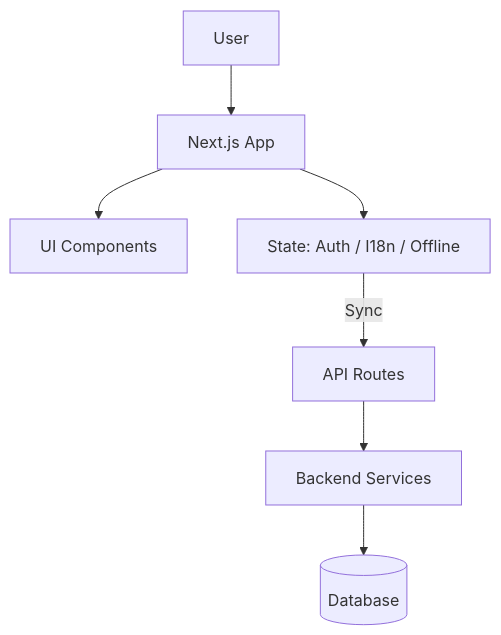
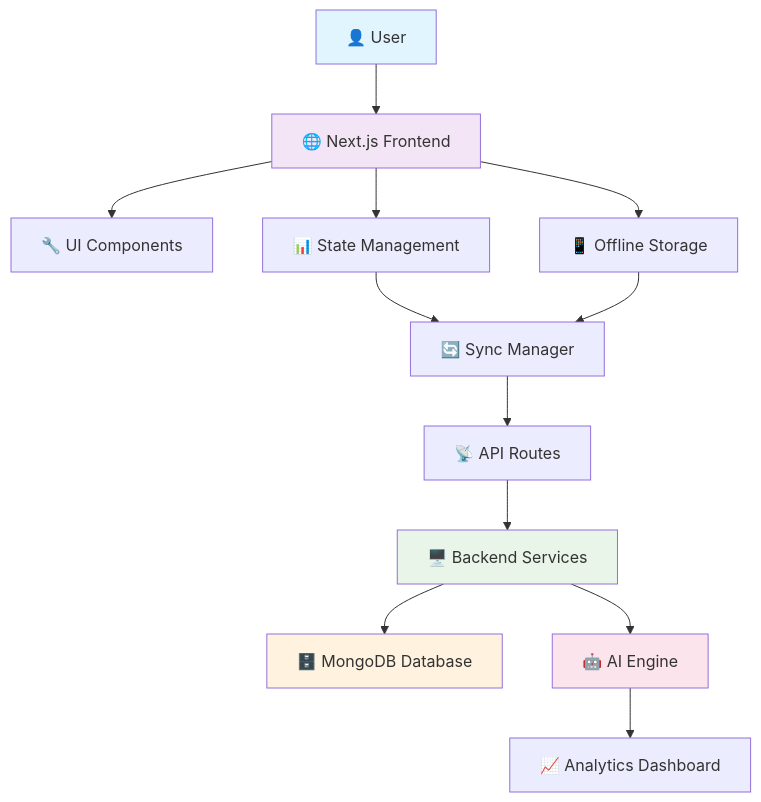
One commit to gooseprime/smart-health-app changed the first of 2 diagrams in README.md. Above: the diagram before and after it, drawn with Mermaid. The commit also changed other lines of this file, not shown here.

````diff
--- a/README.md
+++ b/README.md
@@ -40,9 +146,22 @@
 ```mermaid
 graph TD
-  A[User] --> B[Next.js App]
-  B --> C[UI Components]
-  B --> D[State: Auth / I18n / Offline]
-  D -->|Sync| E[API Routes]
-  E --> F[Backend Services]
-  F --> G[(Database)]
+    A[👤 User] --> B[🌐 Next.js Frontend]
+    B --> C[🔧 UI Components]
+    B --> D[📊 State Management]
+    D --> E[🔄 Sync Manager]
+    E --> F[📡 API Routes]
+    F --> G[🖥️ Backend Services]
+    G --> H[🗄️ MongoDB Database]
+    
+    B --> I[📱 Offline Storage]
+    I --> E
+    
+    G --> J[🤖 AI Engine]
+    J --> K[📈 Analytics Dashboard]
+    
+    style A fill:#e1f5fe
+    style B fill:#f3e5f5
+    style G fill:#e8f5e8
+    style H fill:#fff3e0
+    style J fill:#fce4ec
 ```
````
